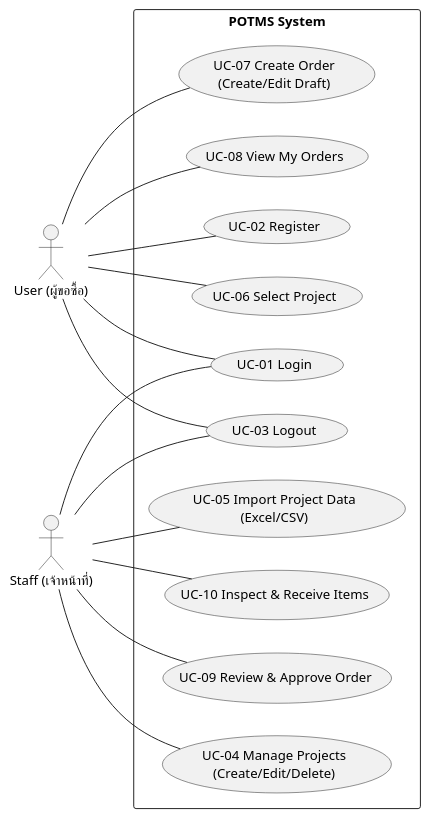
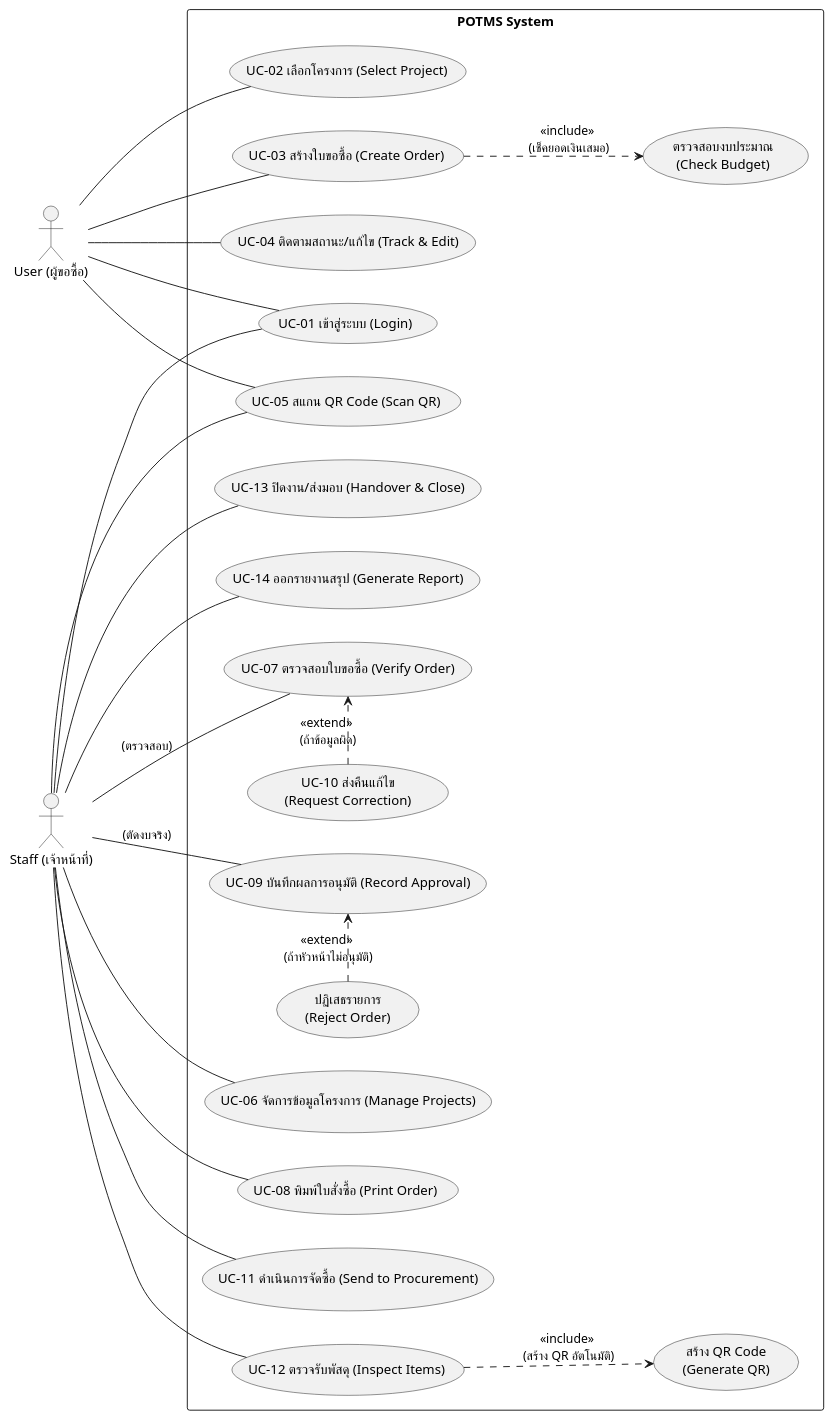
One commit to Thavizup-Deesan/DSSI-PROJECT-2568 changed the diagram in Diagram/usecase.puml. Above: the diagram before and after it, drawn with PlantUML. The commit also changed 2 other files, not shown here.

```diff
--- a/Diagram/usecase.puml
+++ b/Diagram/usecase.puml
@@ -1,44 +1,66 @@
 @startuml
 left to right direction
 skinparam packageStyle rectangle
 
 actor "User (ผู้ขอซื้อ)" as User
 actor "Staff (เจ้าหน้าที่)" as Staff
 
 package "POTMS System" {
-    ' Authentication Group
-    usecase "UC-01 Login" as UC01
-    usecase "UC-02 Register" as UC02
-    usecase "UC-03 Logout" as UC03
+    ' --- Authentication ---
+    usecase "UC-01 เข้าสู่ระบบ (Login)" as UC01
+    
+    ' --- User Actions ---
+    usecase "UC-02 เลือกโครงการ (Select Project)" as UC02
+    usecase "UC-03 สร้างใบขอซื้อ (Create Order)" as UC03
+    usecase "UC-04 ติดตามสถานะ/แก้ไข (Track & Edit)" as UC04
+    usecase "UC-05 สแกน QR Code (Scan QR)" as UC05
 
-    ' Master Data (Staff)
-    usecase "UC-04 Manage Projects\n(Create/Edit/Delete)" as UC04
-    usecase "UC-05 Import Project Data\n(Excel/CSV)" as UC05
+    ' --- Staff Actions ---
+    usecase "UC-06 จัดการข้อมูลโครงการ (Manage Projects)" as UC06
+    usecase "UC-07 ตรวจสอบใบขอซื้อ (Verify Order)" as UC07
+    usecase "UC-08 พิมพ์ใบสั่งซื้อ (Print Order)" as UC08
+    usecase "UC-09 บันทึกผลการอนุมัติ (Record Approval)" as UC09
+    usecase "UC-11 ดำเนินการจัดซื้อ (Send to Procurement)" as UC11
+    usecase "UC-12 ตรวจรับพัสดุ (Inspect Items)" as UC12
+    usecase "UC-13 ปิดงาน/ส่งมอบ (Handover & Close)" as UC13
+    usecase "UC-14 ออกรายงานสรุป (Generate Report)" as UC14
 
-    ' Ordering System (User)
-    usecase "UC-06 Select Project" as UC06
-    usecase "UC-07 Create Order\n(Create/Edit Draft)" as UC07
-    usecase "UC-08 View My Orders" as UC08
-
-    ' Approval & Inspection (Staff)
-    usecase "UC-09 Review & Approve Order" as UC09
-    usecase "UC-10 Inspect & Receive Items" as UC10
+    ' --- System Internal Processes (Included/Extended) ---
+    usecase "ตรวจสอบงบประมาณ\n(Check Budget)" as UC_CheckBudget
+    usecase "สร้าง QR Code\n(Generate QR)" as UC_GenQR
+    usecase "UC-10 ส่งคืนแก้ไข\n(Request Correction)" as UC10
+    usecase "ปฏิเสธรายการ\n(Reject Order)" as UC_Reject
 }
 
-' User Relationships
+' --- Relationships ---
+
+' Auth
 User -- UC01
+Staff -- UC01
+
+' User Flow
 User -- UC02
 User -- UC03
-User -- UC06
-User -- UC07
-User -- UC08
+User -- UC04
+User -- UC05
 
-' Staff Relationships
-Staff -- UC01
-Staff -- UC03
-Staff -- UC04
+' ** Include Relationships **
+UC03 ..> UC_CheckBudget : <<include>> \n(เช็คยอดเงินเสมอ)
+UC12 ..> UC_GenQR : <<include>> \n(สร้าง QR อัตโนมัติ)
+
+' Staff Flow
 Staff -- UC05
-Staff -- UC09
-Staff -- UC10
+Staff -- UC06
+Staff -- UC07 : (ตรวจสอบ)
+Staff -- UC08
+Staff -- UC09 : (ตัดงบจริง)
+Staff -- UC11
+Staff -- UC12
+Staff -- UC13
+Staff -- UC14
+
+' ** Extend Relationships **
+UC10 .> UC07 : <<extend>> \n(ถ้าข้อมูลผิด)
+UC_Reject .> UC09 : <<extend>> \n(ถ้าหัวหน้าไม่อนุมัติ)
 
 @enduml
```
